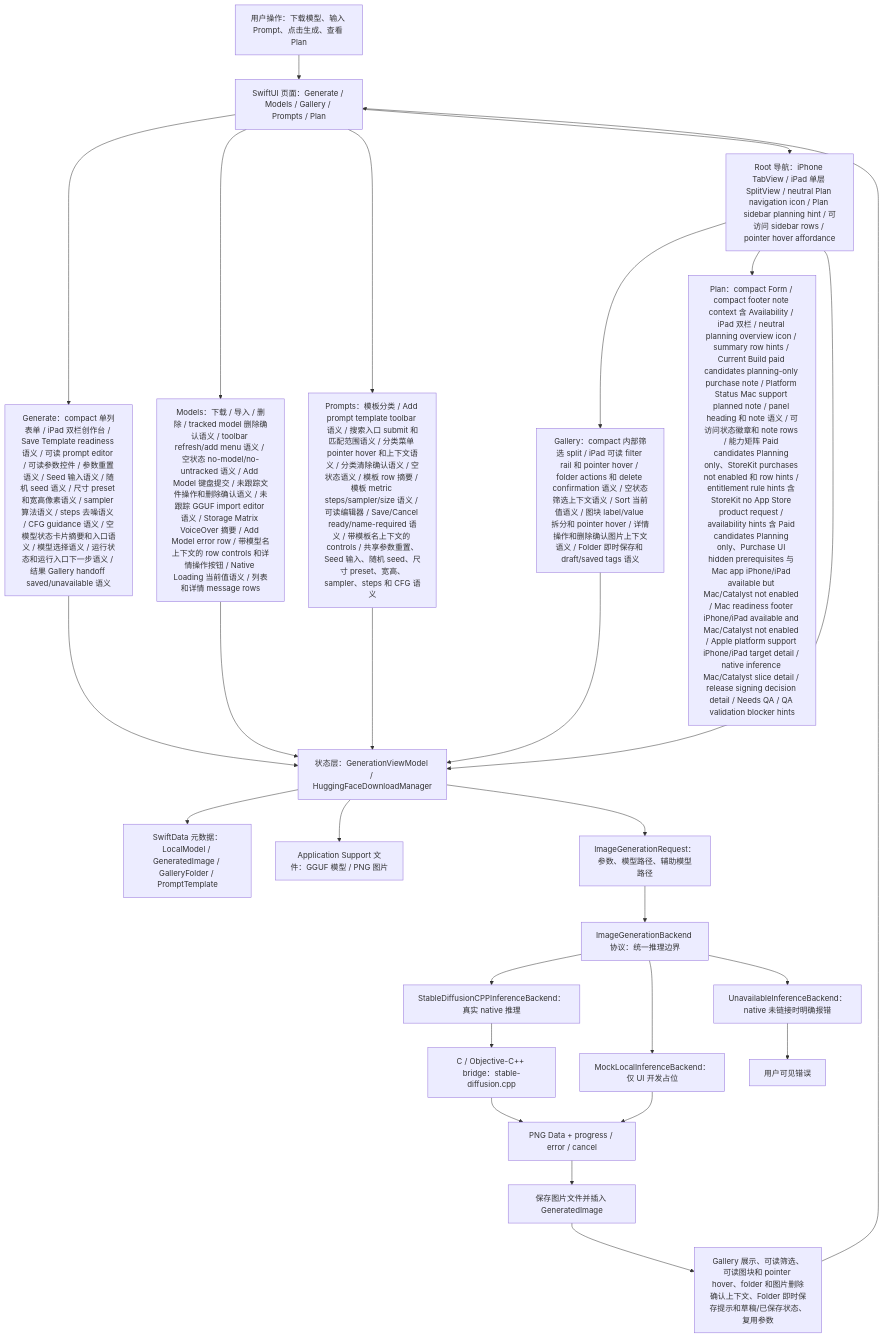
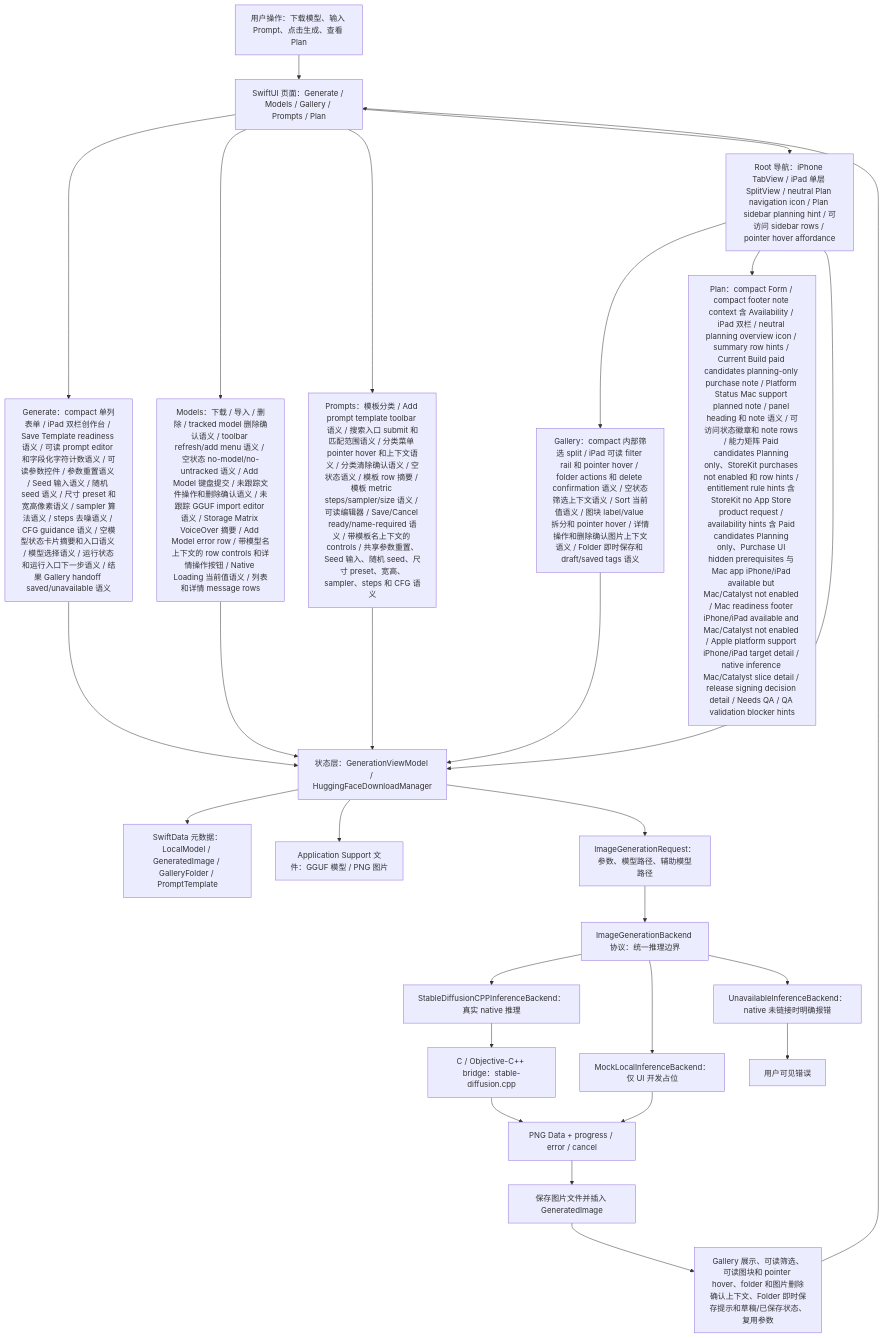
The first of 7 diagrams in md/flow/flowchart.md (Altman-sam114/118), drawn with Mermaid before and after one commit. The commit also changed 5 other files, not shown here.

First line of the commit message:
v1.101: Generate prompt count semantics

````diff
--- a/md/flow/flowchart.md
+++ b/md/flow/flowchart.md
@@ -9,29 +9,29 @@
 ```mermaid
 flowchart TD
   U["用户操作：下载模型、输入 Prompt、点击生成、查看 Plan"] --> UI["SwiftUI 页面：Generate / Models / Gallery / Prompts / Plan"]
-  UI --> GENUI["Generate：compact 单列表单 / iPad 双栏创作台 / Save Template readiness 语义 / 可读 prompt editor / 可读参数控件 / 参数重置语义 / Seed 输入语义 / 随机 seed 语义 / 尺寸 preset 和宽高像素语义 / sampler 算法语义 / steps 去噪语义 / CFG guidance 语义 / 空模型状态卡片摘要和入口语义 / 模型选择语义 / 运行状态和运行入口下一步语义 / 结果 Gallery handoff saved/unavailable 语义"]
+  UI --> GENUI["Generate：compact 单列表单 / iPad 双栏创作台 / Save Template readiness 语义 / 可读 prompt editor 和字段化字符计数语义 / 可读参数控件 / 参数重置语义 / Seed 输入语义 / 随机 seed 语义 / 尺寸 preset 和宽高像素语义 / sampler 算法语义 / steps 去噪语义 / CFG guidance 语义 / 空模型状态卡片摘要和入口语义 / 模型选择语义 / 运行状态和运行入口下一步语义 / 结果 Gallery handoff saved/unavailable 语义"]
   UI --> MODELUI["Models：下载 / 导入 / 删除 / tracked model 删除确认语义 / toolbar refresh/add menu 语义 / 空状态 no-model/no-untracked 语义 / Add Model 键盘提交 / 未跟踪文件操作和删除确认语义 / 未跟踪 GGUF import editor 语义 / Storage Matrix VoiceOver 摘要 / Add Model error row / 带模型名上下文的 row controls 和详情操作按钮 / Native Loading 当前值语义 / 列表和详情 message rows"]
   UI --> PROMPTUI["Prompts：模板分类 / Add prompt template toolbar 语义 / 搜索入口 submit 和匹配范围语义 / 分类菜单 pointer hover 和上下文语义 / 分类清除确认语义 / 空状态语义 / 模板 row 摘要 / 模板 metric steps/sampler/size 语义 / 可读编辑器 / Save/Cancel ready/name-required 语义 / 带模板名上下文的 controls / 共享参数重置、Seed 输入、随机 seed、尺寸 preset、宽高、sampler、steps 和 CFG 语义"]
   UI --> NAV["Root 导航：iPhone TabView / iPad 单层 SplitView / neutral Plan navigation icon / Plan sidebar planning hint / 可访问 sidebar rows / pointer hover affordance"]
   NAV --> GALUI["Gallery：compact 内部筛选 split / iPad 可读 filter rail 和 pointer hover / folder actions 和 delete confirmation 语义 / 空状态筛选上下文语义 / Sort 当前值语义 / 图块 label/value 拆分和 pointer hover / 详情操作和删除确认图片上下文语义 / Folder 即时保存和 draft/saved tags 语义"]
   NAV --> PLANUI["Plan：compact Form / compact footer note context 含 Availability / iPad 双栏 / neutral planning overview icon / summary row hints / Current Build paid candidates planning-only purchase note / Platform Status Mac support planned note / panel heading 和 note 语义 / 可访问状态徽章和 note rows / 能力矩阵 Paid candidates Planning only、StoreKit purchases not enabled 和 row hints / entitlement rule hints 含 StoreKit no App Store product request / availability hints 含 Paid candidates Planning only、Purchase UI hidden prerequisites 与 Mac app iPhone/iPad available but Mac/Catalyst not enabled / Mac readiness footer iPhone/iPad available and Mac/Catalyst not enabled / Apple platform support iPhone/iPad target detail / native inference Mac/Catalyst slice detail / release signing decision detail / Needs QA / QA validation blocker hints"]
   NAV --> VM["状态层：GenerationViewModel / HuggingFaceDownloadManager"]
   GENUI --> VM
   MODELUI --> VM
   PROMPTUI --> VM
   GALUI --> VM
   VM --> SD["SwiftData 元数据：LocalModel / GeneratedImage / GalleryFolder / PromptTemplate"]
   VM --> FS["Application Support 文件：GGUF 模型 / PNG 图片"]
   VM --> REQ["ImageGenerationRequest：参数、模型路径、辅助模型路径"]
   REQ --> IFACE["ImageGenerationBackend 协议：统一推理边界"]
   IFACE --> NATIVE["StableDiffusionCPPInferenceBackend：真实 native 推理"]
   IFACE --> MOCK["MockLocalInferenceBackend：仅 UI 开发占位"]
   IFACE --> OFF["UnavailableInferenceBackend：native 未链接时明确报错"]
   NATIVE --> BRIDGE["C / Objective-C++ bridge：stable-diffusion.cpp"]
   BRIDGE --> PNG["PNG Data + progress / error / cancel"]
   MOCK --> PNG
   OFF --> ERR["用户可见错误"]
   PNG --> SAVE["保存图片文件并插入 GeneratedImage"]
   SAVE --> GALLERY["Gallery 展示、可读筛选、可读图块和 pointer hover、folder 和图片删除确认上下文、Folder 即时保存提示和草稿/已保存状态、复用参数"]
   GALLERY --> UI
 ```
````
